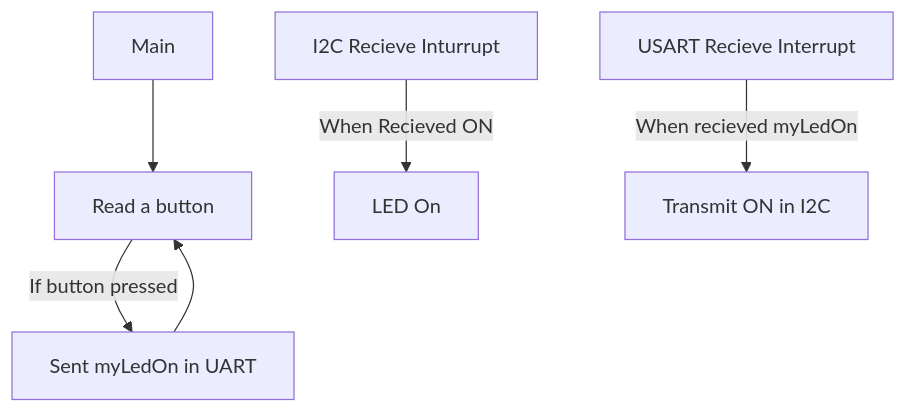
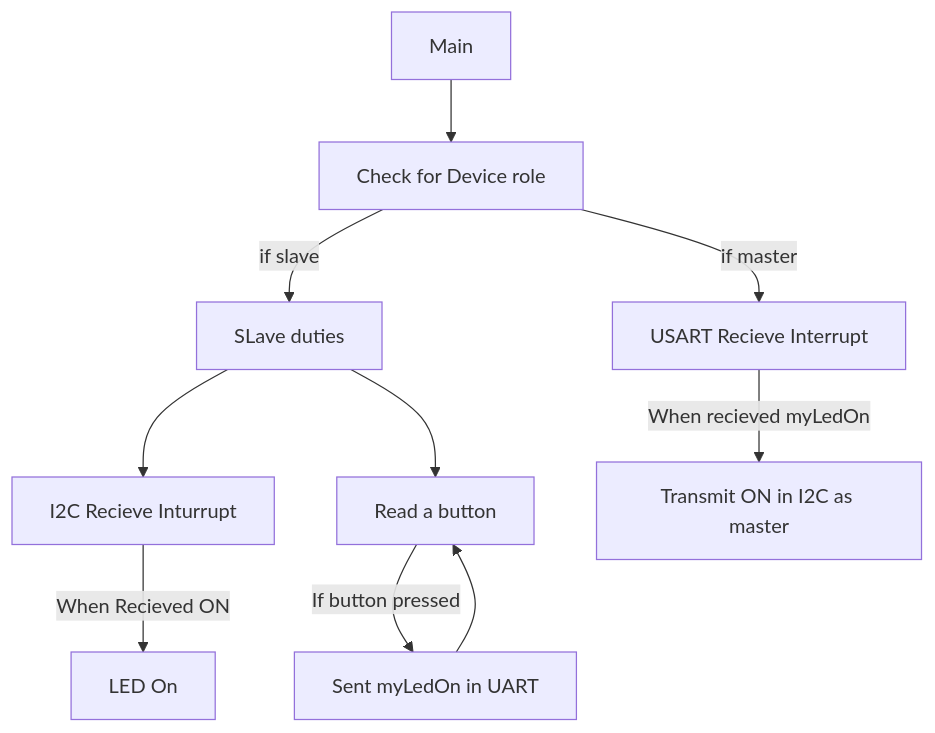
Before and after one commit to vijaysatheesh/notes: the diagram in interfaces/i2C/project1/flow.mmd, drawn with Mermaid. The commit also changed 4 other files, not shown here.

```diff
--- a/interfaces/i2C/project1/flow.mmd
+++ b/interfaces/i2C/project1/flow.mmd
@@ -1,6 +1,10 @@
 flowchart TD
-    A[Main] --> B[Read a button]
-    B --> |If button pressed| C[Sent myLedOn in UART] 
+    B[Read a button] --> |If button pressed| C[Sent myLedOn in UART] 
     C --> B
+    A[Main] --> DD
+    DD[Check for Device role] --> |if slave| GG[SLave duties] 
+    GG --> D
+    GG --> B
+    DD -->|if master| F
     D[I2C Recieve Inturrupt] --> |When Recieved ON| E[LED On]
-    F[USART Recieve Interrupt] --> |When recieved myLedOn| G[Transmit ON in I2C]
+    F[USART Recieve Interrupt] --> |When recieved myLedOn| G[Transmit ON in I2C as master]
```
